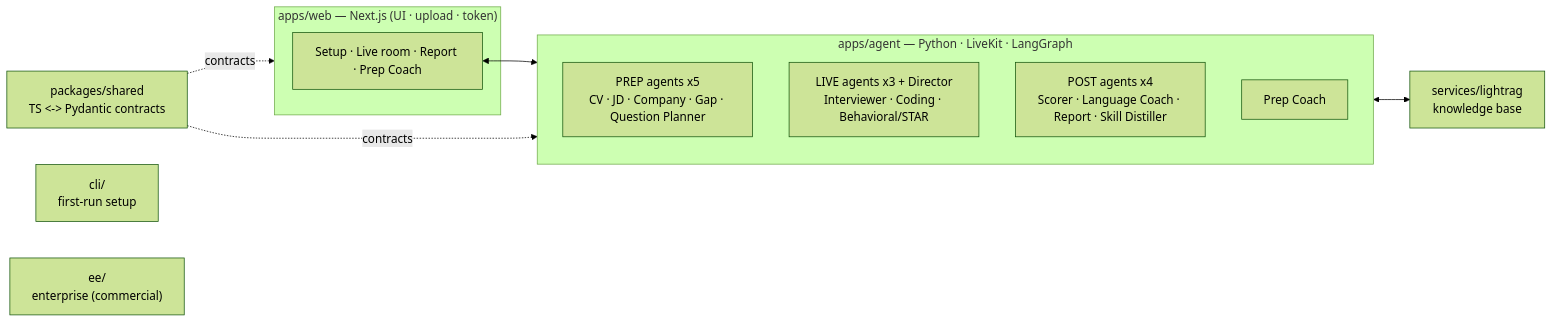
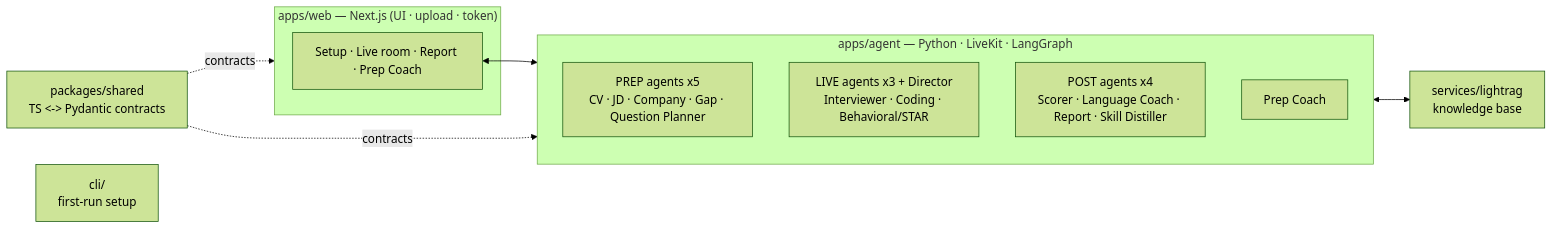
Before and after one commit to ngoanpv/DeepInterview: the first of 2 diagrams in README.md, drawn with Mermaid (forest theme). The commit also changed other lines of this file and 13 other files, not shown here.

````diff
--- a/README.md
+++ b/README.md
@@ -148,21 +148,20 @@
 ```mermaid
 flowchart LR
   subgraph web["apps/web — Next.js (UI · upload · token)"]
     UI["Setup · Live room · Report · Prep Coach"]
   end
   subgraph agent["apps/agent — Python · LiveKit · LangGraph"]
     direction TB
     prep["PREP agents x5<br/>CV · JD · Company · Gap · Question Planner"]
     live["LIVE agents x3 + Director<br/>Interviewer · Coding · Behavioral/STAR"]
     post["POST agents x4<br/>Scorer · Language Coach · Report · Skill Distiller"]
     coach["Prep Coach"]
   end
   kb["services/lightrag<br/>knowledge base"]
   shared["packages/shared<br/>TS &lt;-&gt; Pydantic contracts"]
   cli["cli/<br/>first-run setup"]
-  ee["ee/<br/>enterprise (commercial)"]
   UI <--> agent
   agent <--> kb
   shared -.contracts.-> web
   shared -.contracts.-> agent
 ```
````
